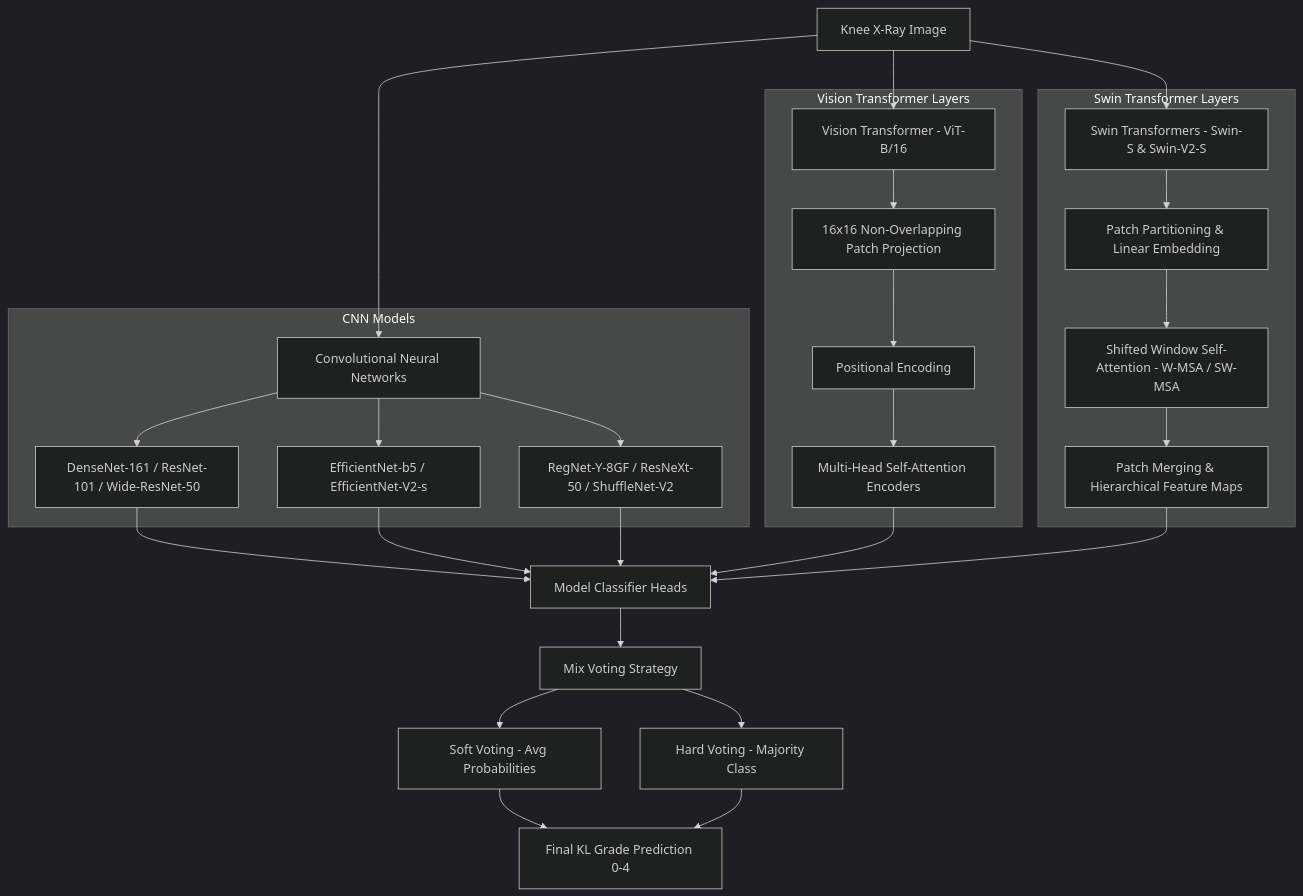
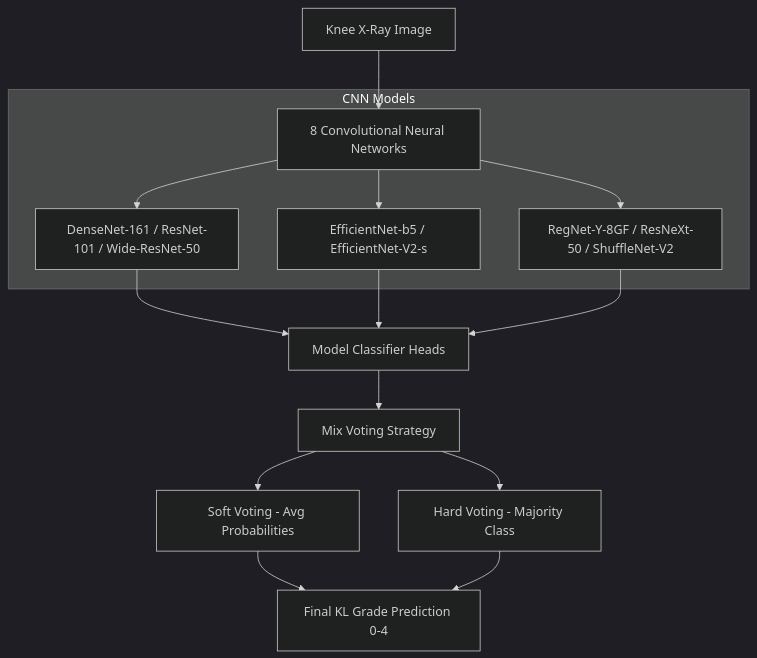
The diagram in README.md (shravaniz/x-ray_image_detection), drawn with Mermaid (dark theme) before and after one commit. The commit also changed other lines of this file and 2 other files, not shown here.

Commit message:
docs: Update README, MODEL_DETAILS, PROJECT_SUMMARY to 8-CNN paper code
- Remove Vision Transformer / Swin sections, tables, and diagram branches
- Correct model input sizes to the paper's Table-3 optimized values
- Batch size 16 (paper's setting), updated CLI examples and dependencies

````diff
--- a/README.md
+++ b/README.md
@@ -30,36 +27,20 @@
 ```mermaid
 graph TD
-    Input[Knee X-Ray Image] --> CNNs[Convolutional Neural Networks]
-    Input --> ViT[Vision Transformer - ViT-B/16]
-    Input --> Swin[Swin Transformers - Swin-S & Swin-V2-S]
+    Input[Knee X-Ray Image] --> CNNs[8 Convolutional Neural Networks]
 
     subgraph CNN_Branch [CNN Models]
         CNNs --> C1[DenseNet-161 / ResNet-101 / Wide-ResNet-50]
         CNNs --> C2[EfficientNet-b5 / EfficientNet-V2-s]
         CNNs --> C3[RegNet-Y-8GF / ResNeXt-50 / ShuffleNet-V2]
     end
 
-    subgraph ViT_Branch [Vision Transformer Layers]
-        ViT --> V1[16x16 Non-Overlapping Patch Projection]
-        V1 --> V2[Positional Encoding]
-        V2 --> V3[Multi-Head Self-Attention Encoders]
-    end
-
-    subgraph Swin_Branch [Swin Transformer Layers]
-        Swin --> S1[Patch Partitioning & Linear Embedding]
-        S1 --> S2[Shifted Window Self-Attention - W-MSA / SW-MSA]
-        S2 --> S3[Patch Merging & Hierarchical Feature Maps]
-    end
-
     C1 --> Logits[Model Classifier Heads]
     C2 --> Logits
     C3 --> Logits
-    V3 --> Logits
-    S3 --> Logits
 
     Logits --> Ensemble[Mix Voting Strategy]
     Ensemble --> Soft[Soft Voting - Avg Probabilities]
     Ensemble --> Hard[Hard Voting - Majority Class]
     Soft --> Output[Final KL Grade Prediction 0-4]
     Hard --> Output
 ```
````
